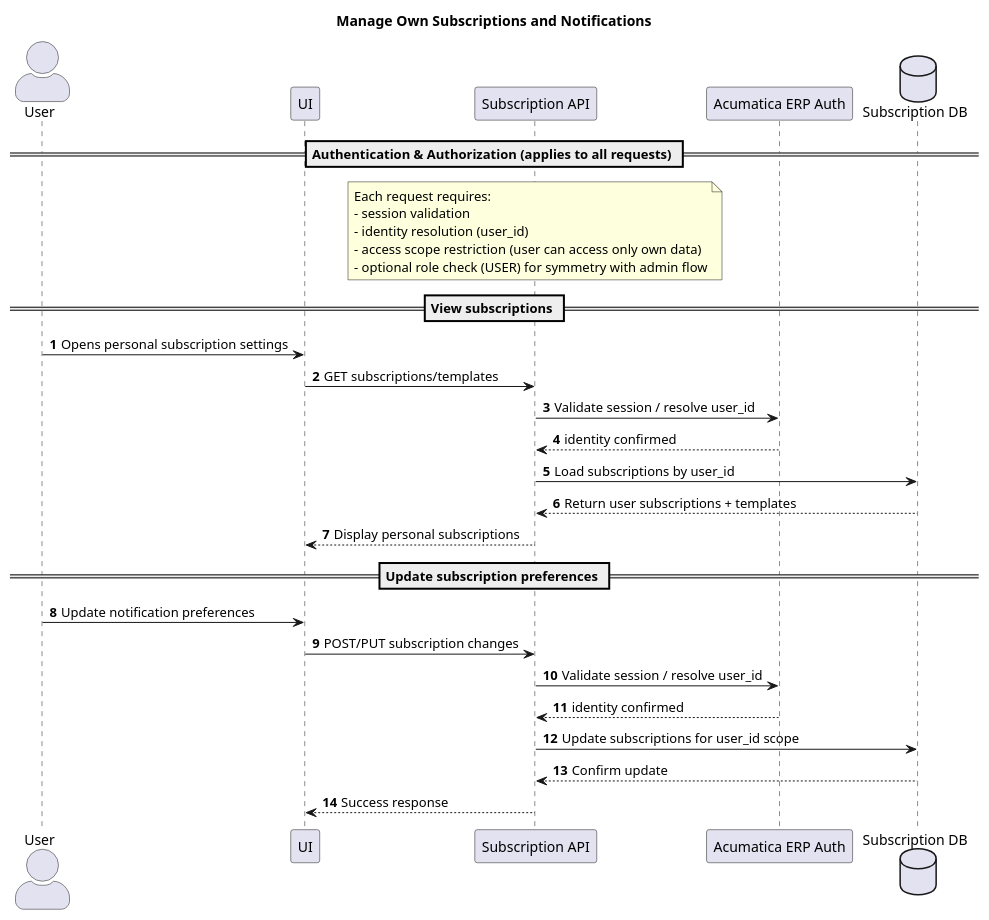
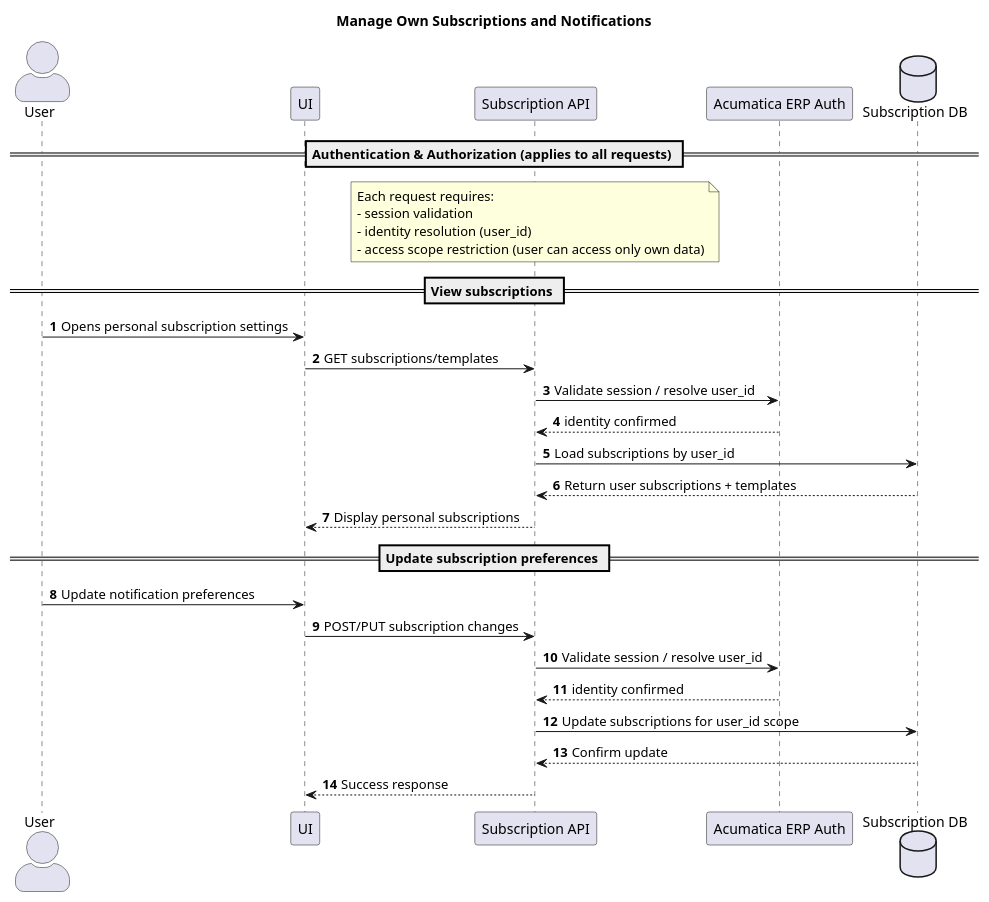
The diagram in docs/architecture/seq-user.puml (NikpeFreiheit/user-notification-subscription-acumatica), drawn with PlantUML before and after one commit. The commit also changed 29 other files, not shown here.

```diff
--- a/docs/architecture/seq-user.puml
+++ b/docs/architecture/seq-user.puml
@@ -1,50 +1,49 @@
 @startuml
 
 autonumber
 skinparam actorStyle awesome
 title "Manage Own Subscriptions and Notifications"
 
 actor User
 
 participant "UI" as ui
 participant "Subscription API" as api
 participant "Acumatica ERP Auth" as auth
 database "Subscription DB" as db
 
 == Authentication & Authorization (applies to all requests) ==
 
 note over api
 Each request requires:
 - session validation
 - identity resolution (user_id)
 - access scope restriction (user can access only own data)
-- optional role check (USER) for symmetry with admin flow
 end note
 
 == View subscriptions ==
 
 User -> ui : Opens personal subscription settings
 ui -> api : GET subscriptions/templates
 
 api -> auth : Validate session / resolve user_id
 auth --> api : identity confirmed
 
 api -> db : Load subscriptions by user_id
 db --> api : Return user subscriptions + templates
 
 api --> ui : Display personal subscriptions
 
 == Update subscription preferences ==
 
 User -> ui : Update notification preferences
 ui -> api : POST/PUT subscription changes
 
 api -> auth : Validate session / resolve user_id
 auth --> api : identity confirmed
 
 api -> db : Update subscriptions for user_id scope
 db --> api : Confirm update
 
 api --> ui : Success response
 
 @enduml
```
